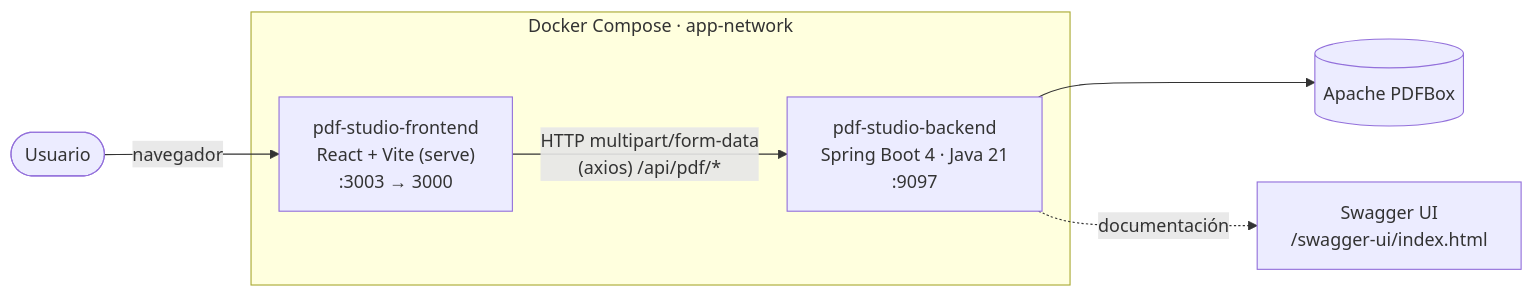
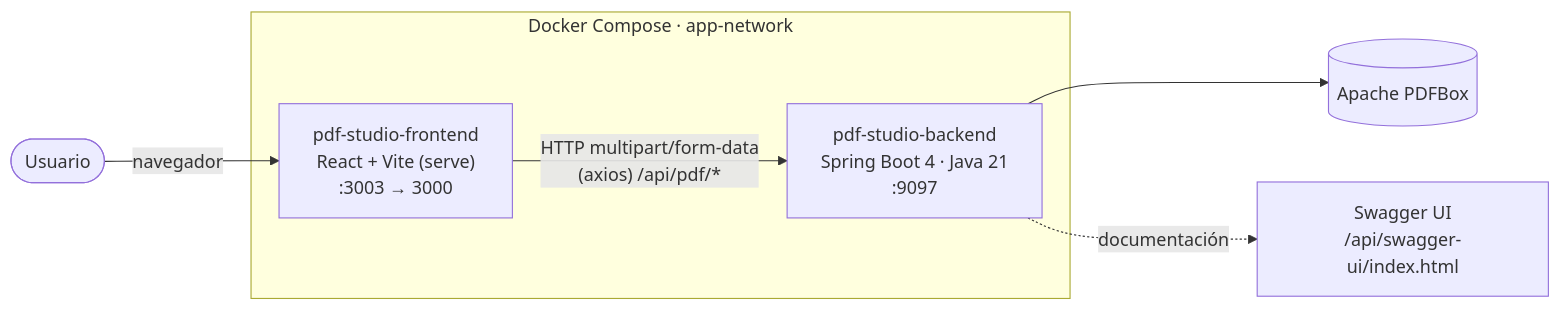
The first of 6 diagrams in README.md (programming0026/pdf-converter), drawn with Mermaid before and after one commit. The commit also changed other lines of this file and 11 other files, not shown here.

````diff
--- a/README.md
+++ b/README.md
@@ -49,13 +49,13 @@
 ```mermaid
 flowchart LR
     U([Usuario]) -->|navegador| FE
 
     subgraph Docker["Docker Compose · app-network"]
         FE["pdf-studio-frontend<br/>React + Vite (serve)<br/>:3003 → 3000"]
         BE["pdf-studio-backend<br/>Spring Boot 4 · Java 21<br/>:9097"]
     end
 
     FE -->|"HTTP multipart/form-data<br/>(axios) /api/pdf/*"| BE
     BE --> PDFBOX[(Apache PDFBox)]
-    BE -.->|documentación| SW[Swagger UI<br/>/swagger-ui/index.html]
+    BE -.->|documentación| SW[Swagger UI<br/>/api/swagger-ui/index.html]
 ```
````
